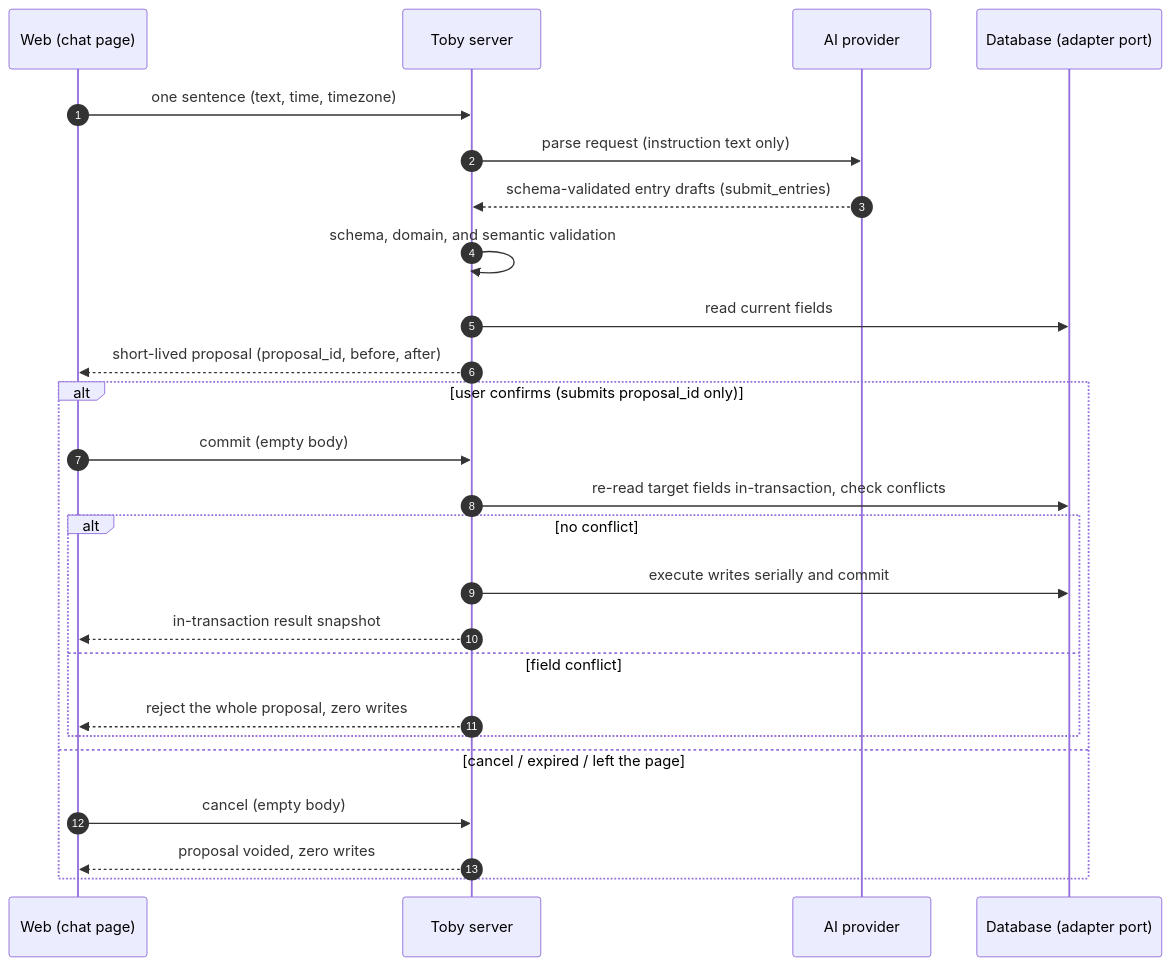
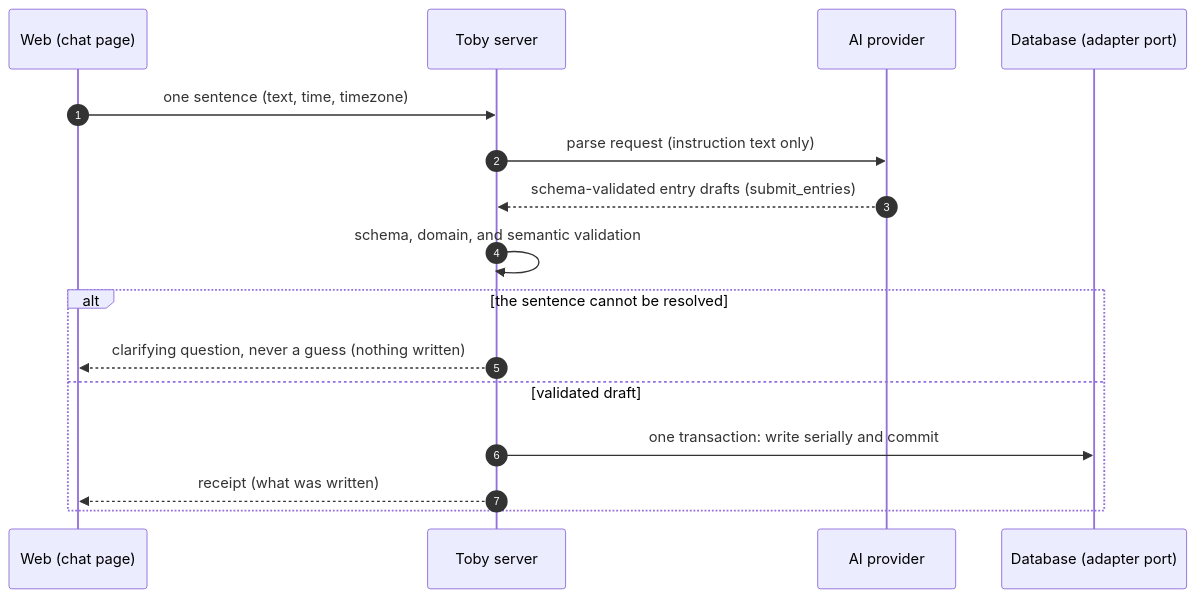
The second of 3 diagrams in docs/system-overview.md (dengyusys/toby), drawn with Mermaid before and after one commit. The commit also changed other lines of this file and 86 other files, not shown here.

````diff
--- a/docs/system-overview.md
+++ b/docs/system-overview.md
@@ -71,29 +71,19 @@
 ```mermaid
 sequenceDiagram
     autonumber
     participant W as Web (chat page)
     participant S as Toby server
     participant A as AI provider
     participant D as Database (adapter port)
 
     W->>S: one sentence (text, time, timezone)
     S->>A: parse request (instruction text only)
     A-->>S: schema-validated entry drafts (submit_entries)
     S->>S: schema, domain, and semantic validation
-    S->>D: read current fields
-    S-->>W: short-lived proposal (proposal_id, before, after)
-
-    alt user confirms (submits proposal_id only)
-        W->>S: commit (empty body)
-        S->>D: re-read target fields in-transaction, check conflicts
-        alt no conflict
-            S->>D: execute writes serially and commit
-            S-->>W: in-transaction result snapshot
-        else field conflict
-            S-->>W: reject the whole proposal, zero writes
-        end
-    else cancel / expired / left the page
-        W->>S: cancel (empty body)
-        S-->>W: proposal voided, zero writes
+    alt the sentence cannot be resolved
+        S-->>W: clarifying question, never a guess (nothing written)
+    else validated draft
+        S->>D: one transaction: write serially and commit
+        S-->>W: receipt (what was written)
     end
 ```
````
